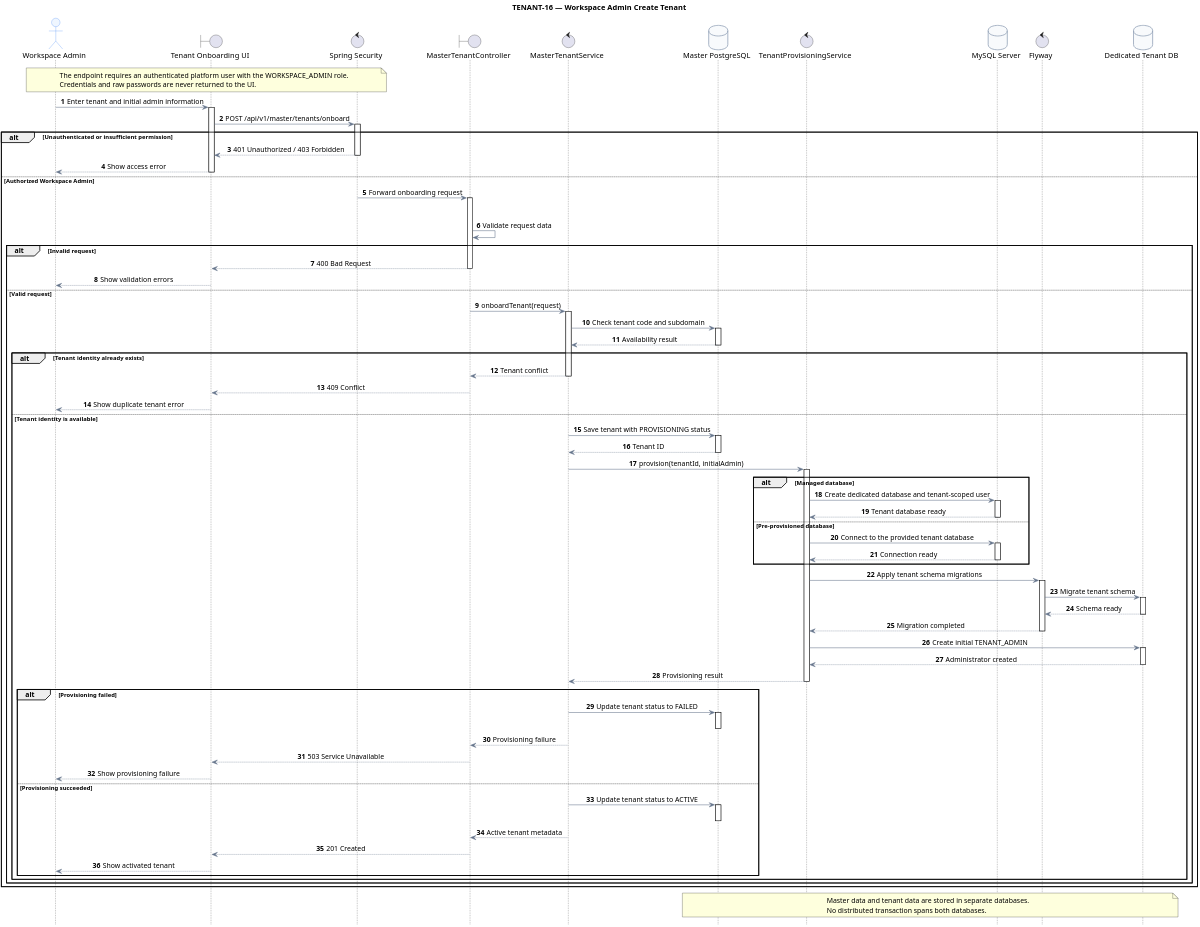
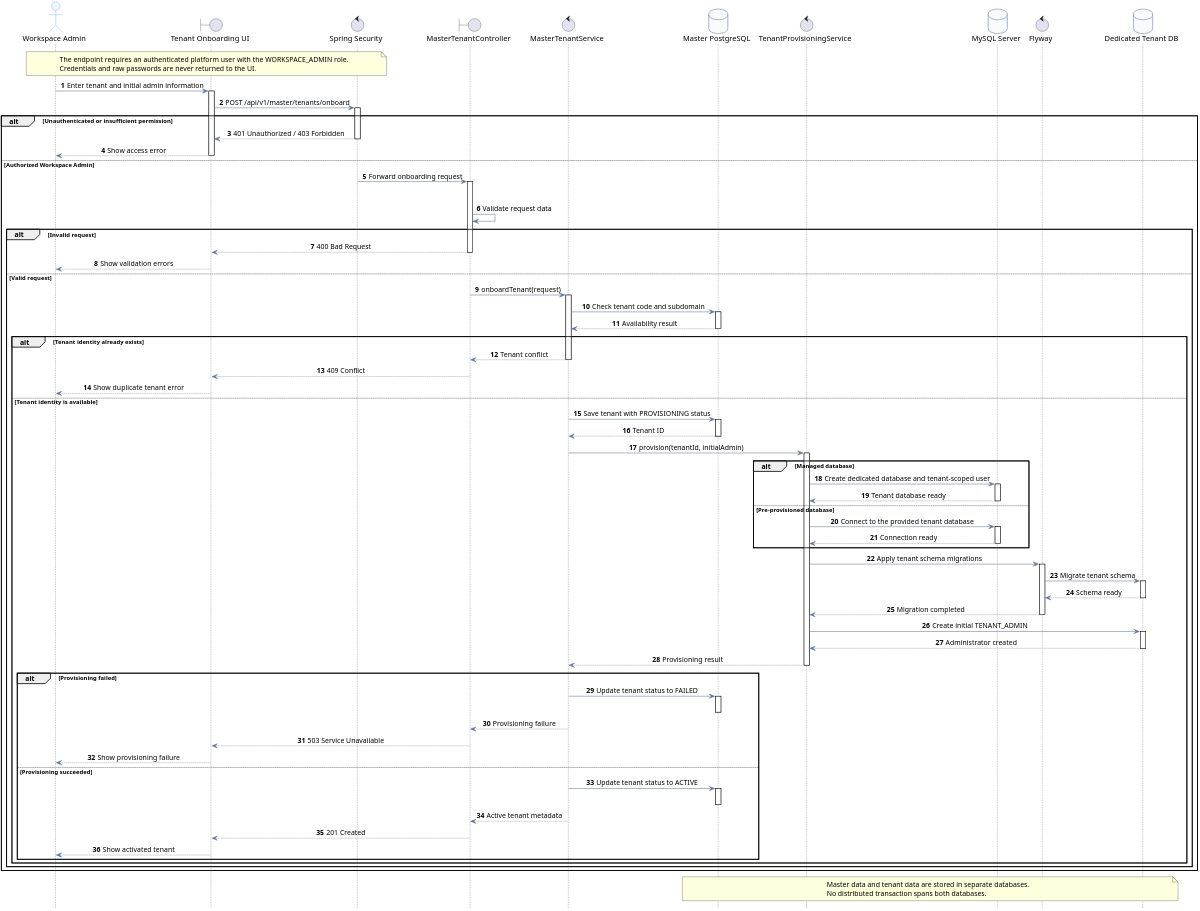
Before and after one commit to hieupnh12/SmartHire-AI: the diagram in docs/diagram/16-tenant-creation-provisioning/workspace-admin-create-tenant/sequence-diagram.puml, drawn with PlantUML. The commit also changed 74 other files, not shown here.

Commit message:
feat(diagram): update enterprise UML diagrams and skill definitions

```diff
--- a/docs/diagram/16-tenant-creation-provisioning/workspace-admin-create-tenant/sequence-diagram.puml
+++ b/docs/diagram/16-tenant-creation-provisioning/workspace-admin-create-tenant/sequence-diagram.puml
@@ -1,136 +1,135 @@
 @startuml
-title TENANT-16 — Workspace Admin Create Tenant
 
 skinparam dpi 300
 skinparam backgroundColor #FFFFFF
 skinparam shadowing false
 skinparam sequenceArrowThickness 1
 skinparam sequenceMessageAlign center
 skinparam ArrowColor #64748B
 skinparam ParticipantBorderColor #CBD5E1
 skinparam ParticipantBackgroundColor #F8FAFC
 skinparam ActorBorderColor #3B82F6
 skinparam ActorBackgroundColor #EFF6FF
 skinparam DatabaseBorderColor #94A3B8
 skinparam DatabaseBackgroundColor #F8FAFC
 hide footbox
 autonumber
 
 actor "Workspace Admin" as Admin
 boundary "Tenant Onboarding UI" as UI
 control "Spring Security" as Security
 boundary "MasterTenantController" as Controller
 control "MasterTenantService" as MasterService
 database "Master PostgreSQL" as MasterDB
 control "TenantProvisioningService" as Provisioner
 database "MySQL Server" as MySQL
 control "Flyway" as Flyway
 database "Dedicated Tenant DB" as TenantDB
 
 note over Admin,Security
   The endpoint requires an authenticated platform user with the WORKSPACE_ADMIN role.
   Credentials and raw passwords are never returned to the UI.
 end note
 
 Admin -> UI: Enter tenant and initial admin information
 activate UI
 UI -> Security: POST /api/v1/master/tenants/onboard
 activate Security
 
 alt Unauthenticated or insufficient permission
   Security --> UI: 401 Unauthorized / 403 Forbidden
   deactivate Security
   UI --> Admin: Show access error
   deactivate UI
 else Authorized Workspace Admin
   Security -> Controller: Forward onboarding request
   activate Controller
   deactivate Security
   Controller -> Controller: Validate request data
 
   alt Invalid request
     Controller --> UI: 400 Bad Request
     deactivate Controller
     UI --> Admin: Show validation errors
     deactivate UI
   else Valid request
     Controller -> MasterService: onboardTenant(request)
     activate MasterService
     MasterService -> MasterDB: Check tenant code and subdomain
     activate MasterDB
     MasterDB --> MasterService: Availability result
     deactivate MasterDB
 
     alt Tenant identity already exists
       MasterService --> Controller: Tenant conflict
       deactivate MasterService
       Controller --> UI: 409 Conflict
       deactivate Controller
       UI --> Admin: Show duplicate tenant error
       deactivate UI
     else Tenant identity is available
       MasterService -> MasterDB: Save tenant with PROVISIONING status
       activate MasterDB
       MasterDB --> MasterService: Tenant ID
       deactivate MasterDB
       MasterService -> Provisioner: provision(tenantId, initialAdmin)
       activate Provisioner
 
       alt Managed database
         Provisioner -> MySQL: Create dedicated database and tenant-scoped user
         activate MySQL
         MySQL --> Provisioner: Tenant database ready
         deactivate MySQL
       else Pre-provisioned database
         Provisioner -> MySQL: Connect to the provided tenant database
         activate MySQL
         MySQL --> Provisioner: Connection ready
         deactivate MySQL
       end
 
       Provisioner -> Flyway: Apply tenant schema migrations
       activate Flyway
       Flyway -> TenantDB: Migrate tenant schema
       activate TenantDB
       TenantDB --> Flyway: Schema ready
       deactivate TenantDB
       Flyway --> Provisioner: Migration completed
       deactivate Flyway
       Provisioner -> TenantDB: Create initial TENANT_ADMIN
       activate TenantDB
       TenantDB --> Provisioner: Administrator created
       deactivate TenantDB
       Provisioner --> MasterService: Provisioning result
       deactivate Provisioner
 
       alt Provisioning failed
         MasterService -> MasterDB: Update tenant status to FAILED
         activate MasterDB
         deactivate MasterDB
         MasterService --> Controller: Provisioning failure
         deactivate MasterService
         Controller --> UI: 503 Service Unavailable
         deactivate Controller
         UI --> Admin: Show provisioning failure
         deactivate UI
       else Provisioning succeeded
         MasterService -> MasterDB: Update tenant status to ACTIVE
         activate MasterDB
         deactivate MasterDB
         MasterService --> Controller: Active tenant metadata
         deactivate MasterService
         Controller --> UI: 201 Created
         deactivate Controller
         UI --> Admin: Show activated tenant
         deactivate UI
       end
     end
   end
 end
 
 note over MasterDB,TenantDB
   Master data and tenant data are stored in separate databases.
   No distributed transaction spans both databases.
 end note
 
 @enduml
```
